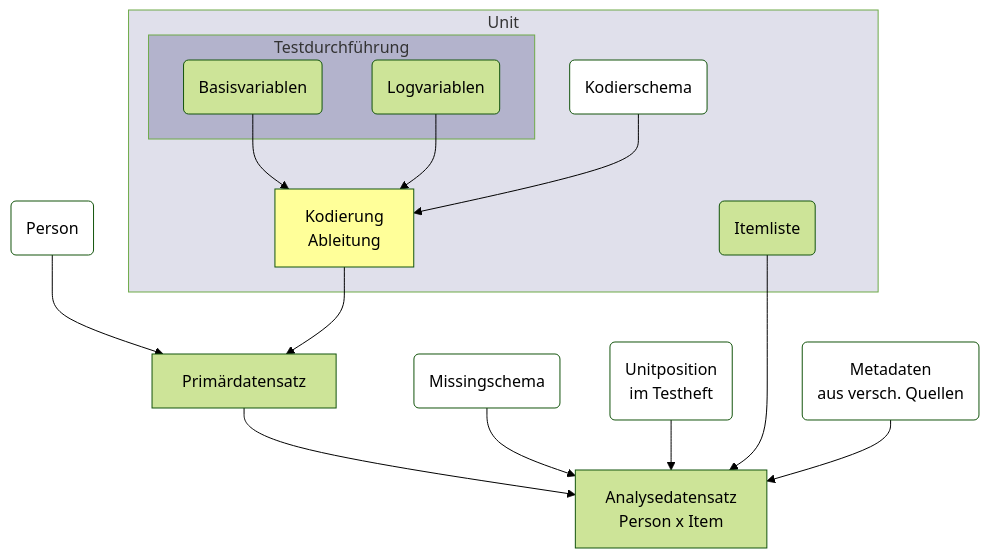
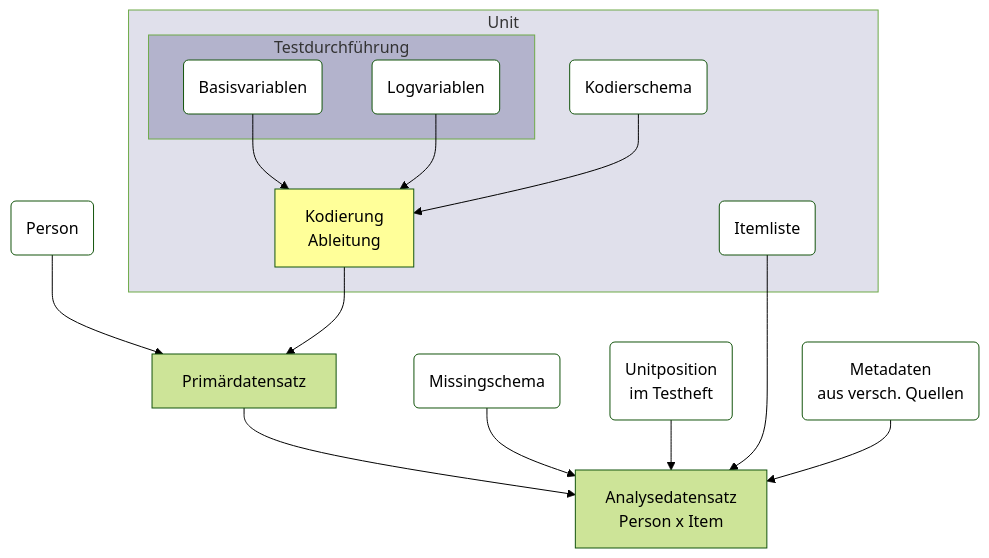
The second of 2 diagrams in data-structures/index.qmd (iqb-berlin/coding-info), drawn with Mermaid (forest theme) before and after one commit. The commit also changed other lines of this file, not shown here.

Commit message:
Change styling in data structures

````diff
--- a/data-structures/index.qmd
+++ b/data-structures/index.qmd
@@ -52,33 +52,36 @@
 ```{mermaid}
 flowchart TD
     subgraph Unit
         subgraph Testdurchführung
             A(Basisvariablen)
+            style A fill:white
             B(Logvariablen)
+            style B fill:white
         end
         style Testdurchführung fill:#b3b3cc
         E[Kodierung\nAbleitung]
         style E fill:#ff9
         C(Kodierschema)
+        style C fill:white
         J(Itemliste)
+        style J fill:white
     end
     style Unit fill:#e0e0eb
     H(Person)
     style H fill:white
     D[Primärdatensatz]
     H-->D
     E --> D
     A --> E
     B --> E
     C --> E
-    style C fill:white
     G[Analysedatensatz\nPerson x Item]
     D --> G
     F(Missingschema) --> G
     style F fill:white
     K(Unitposition\nim Testheft) --> G
     style K fill:white
     J --> G
     L(Metadaten\naus versch. Quellen) --> G
     style L fill:white
 ```
````
